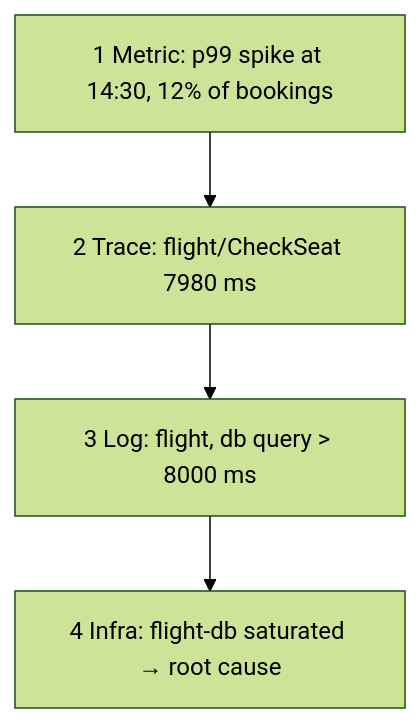
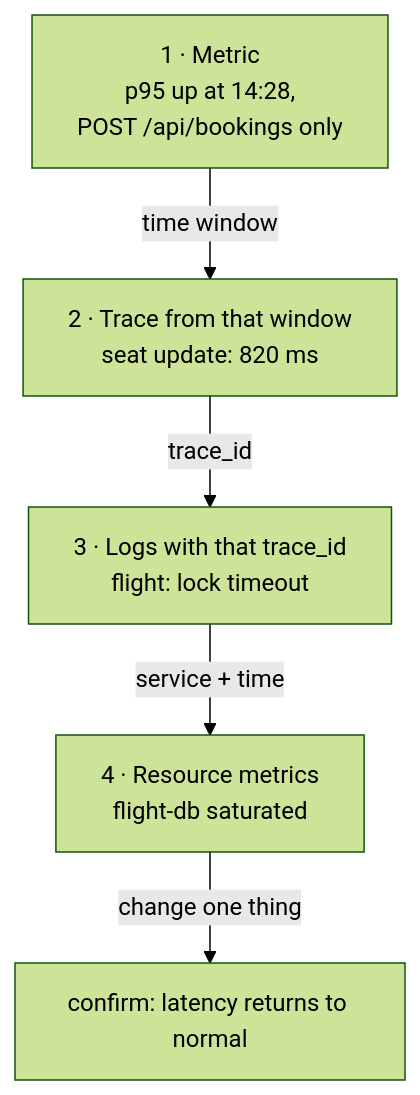
The diagram in docs/learn/observability/correlating-a-booking.md (darshan-raul/apollo11-docs), drawn with Mermaid (forest theme) before and after one commit. The commit also changed other lines of this file and 8 other files, not shown here.

````diff
--- a/docs/learn/observability/correlating-a-booking.md
+++ b/docs/learn/observability/correlating-a-booking.md
@@ -25,6 +23,7 @@
 ```mermaid
-flowchart TD
-  M["1 Metric: p99 spike at 14:30, 12% of bookings"] --> T["2 Trace: flight/CheckSeat 7980 ms"]
-  T --> L["3 Log: flight, db query > 8000 ms"]
-  L --> R["4 Infra: flight-db saturated → root cause"]
+flowchart TB
+  M["1 · Metric<br/>p95 up at 14:28,<br/>POST /api/bookings only"] -->|"time window"| T["2 · Trace from that window<br/>seat update: 820 ms"]
+  T -->|"trace_id"| L["3 · Logs with that trace_id<br/>flight: lock timeout"]
+  L -->|"service + time"| R["4 · Resource metrics<br/>flight-db saturated"]
+  R -->|"change one thing"| V["confirm: latency returns to normal"]
 ```
````
